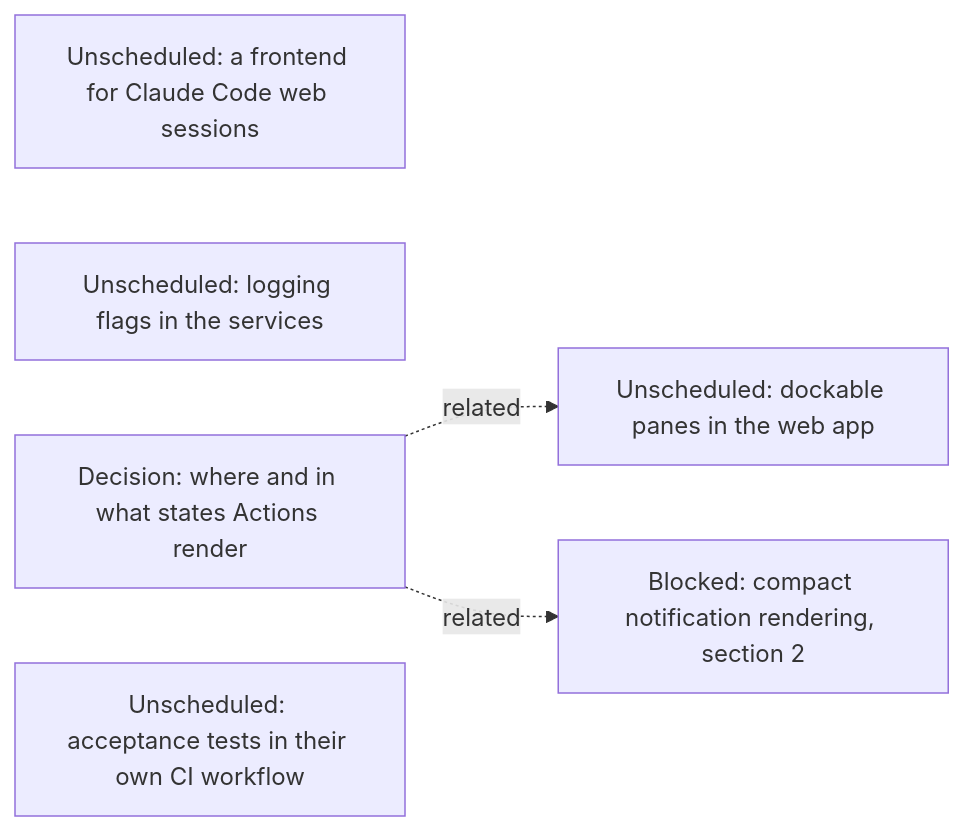
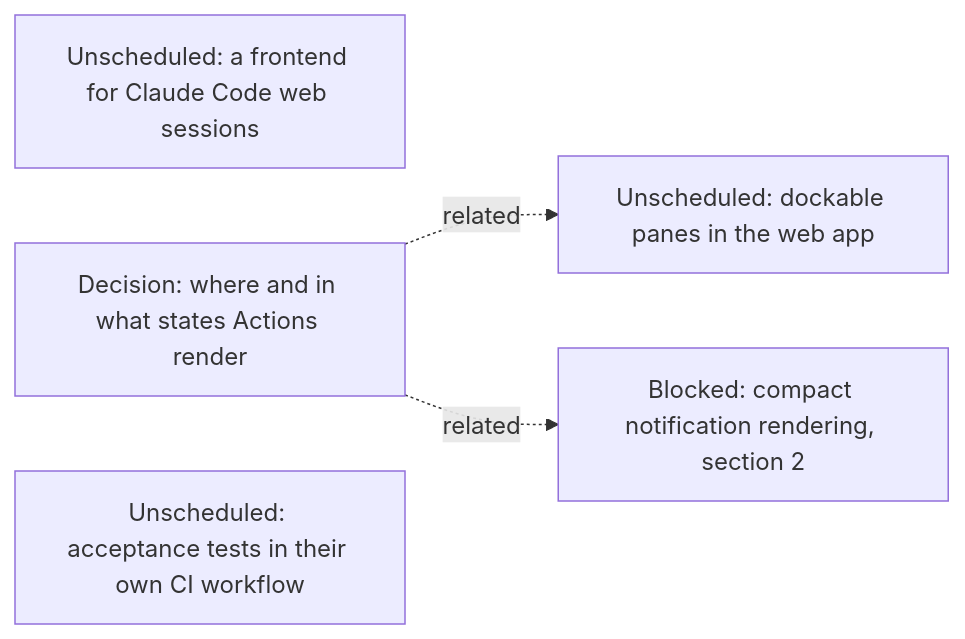
One commit to agentydragon-agent/ducktape changed the seventh of 14 diagrams in agentplane/plans/task_dag.md. Above: the diagram before and after it, drawn with Mermaid. The commit also changed other lines of this file and 28 other files, not shown here.

First line of the commit message:
agentplane: services take a log_levels setting (#10402)

````diff
--- a/agentplane/plans/task_dag.md
+++ b/agentplane/plans/task_dag.md
@@ -462,11 +462,10 @@
 ```mermaid
 flowchart LR
     CLAUDE_CODE_WEB_BRIDGE[Unscheduled: a frontend for Claude Code web sessions]
-    SERVICE_LOG_FLAGS[Unscheduled: logging flags in the services]
     ACTION_SURFACES_DESIGN[Decision: where and in what states Actions render]
     ISOLATED_ACCEPTANCE_CI[Unscheduled: acceptance tests in their own CI workflow]
     DOCKABLE_PANES[Unscheduled: dockable panes in the web app]
     ACTION_SURFACES_DESIGN -. related .-> DOCKABLE_PANES
     NOTIFICATION_PRESENTATION[Blocked: compact notification rendering, section 2]
     ACTION_SURFACES_DESIGN -. related .-> NOTIFICATION_PRESENTATION
 ```
````
